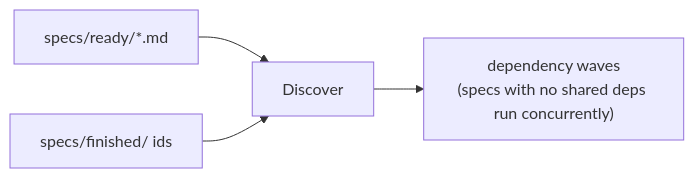
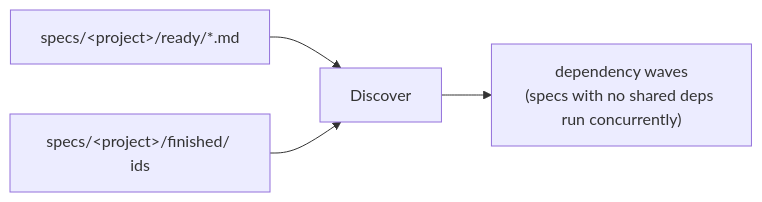
The second of 13 diagrams in README.md (RyoKusnadi/rig-bench), drawn with Mermaid before and after one commit. The commit also changed other lines of this file and 12 other files, not shown here.

````diff
--- a/README.md
+++ b/README.md
@@ -151,6 +154,6 @@
 ```mermaid
 flowchart LR
-    READY["specs/ready/*.md"] --> DISC["Discover"]
-    FIN["specs/finished/ ids"] --> DISC
+    READY["specs/&lt;project&gt;/ready/*.md"] --> DISC["Discover"]
+    FIN["specs/&lt;project&gt;/finished/ ids"] --> DISC
     DISC --> WAVES["dependency waves\n(specs with no shared deps run concurrently)"]
 ```
````
